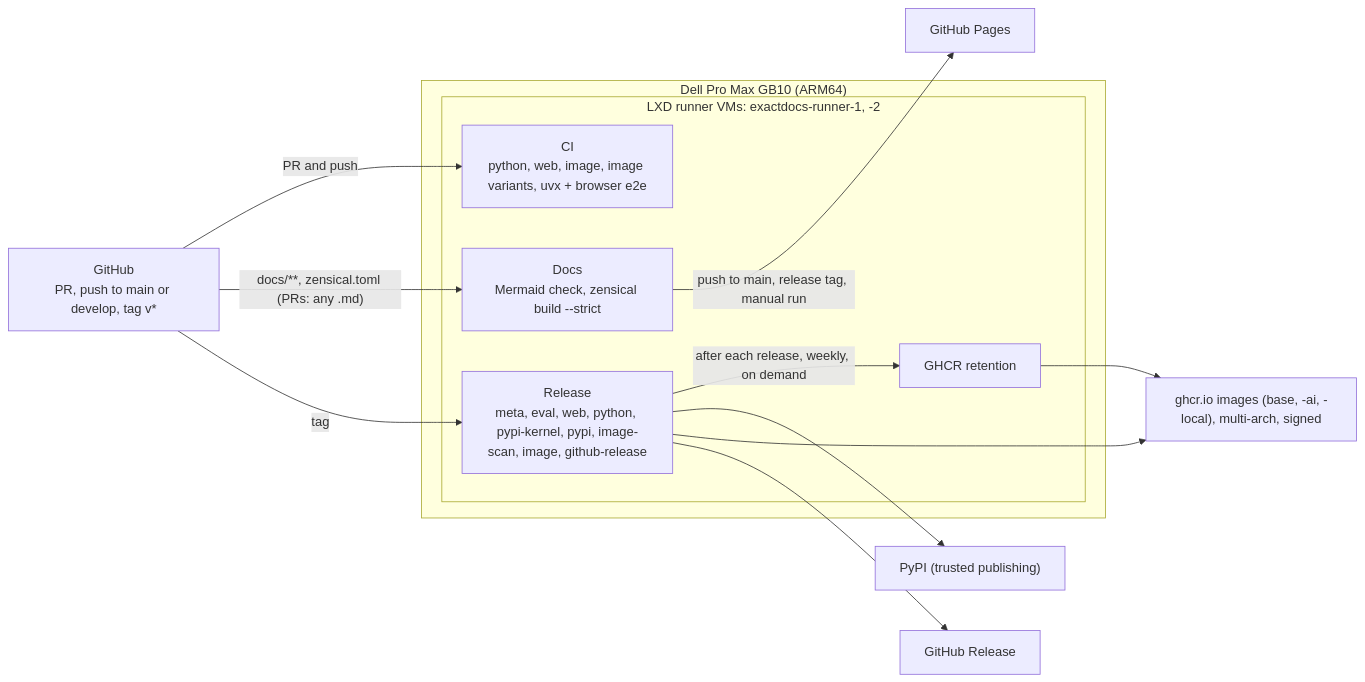
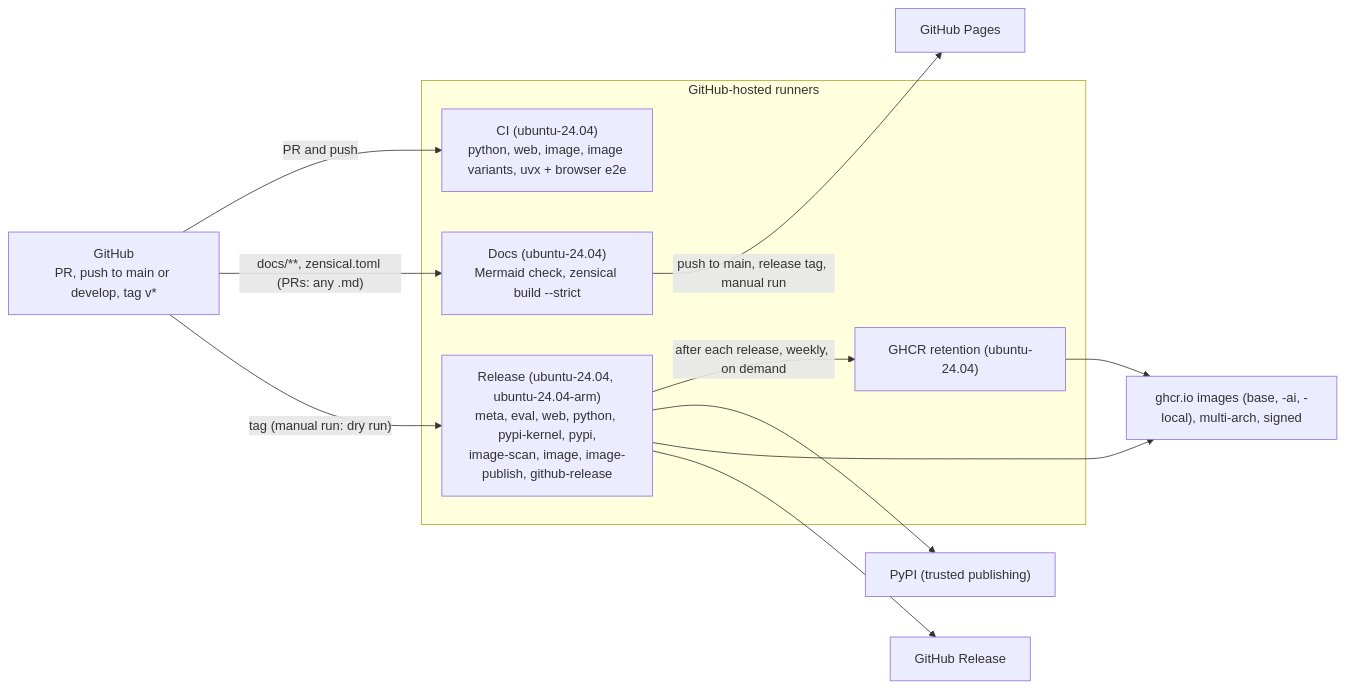
The second of 2 diagrams in docs/releasing.md (SirCypkowskyy/ExactDocs), drawn with Mermaid before and after one commit. The commit also changed other lines of this file and 3 other files, not shown here.

Commit message:
docs(release): hosted runners, the dry run and the per-architecture image jobs (#478)

````diff
--- a/docs/releasing.md
+++ b/docs/releasing.md
@@ -324,21 +339,19 @@
 ```mermaid
 flowchart LR
     gh["GitHub<br/>PR, push to main or develop, tag v*"]
-    subgraph gb10 ["Dell Pro Max GB10 (ARM64)"]
-        subgraph vms ["LXD runner VMs: exactdocs-runner-1, -2"]
-            ci["CI<br/>python, web, image, image variants, uvx + browser e2e"]
-            docs["Docs<br/>Mermaid check, zensical build --strict"]
-            rel["Release<br/>meta, eval, web, python, pypi-kernel, pypi, image-scan, image, github-release"]
-            ret["GHCR retention"]
-        end
+    subgraph hosted ["GitHub-hosted runners"]
+        ci["CI (ubuntu-24.04)<br/>python, web, image, image variants, uvx + browser e2e"]
+        docs["Docs (ubuntu-24.04)<br/>Mermaid check, zensical build --strict"]
+        rel["Release (ubuntu-24.04, ubuntu-24.04-arm)<br/>meta, eval, web, python, pypi-kernel, pypi,<br/>image-scan, image, image-publish, github-release"]
+        ret["GHCR retention (ubuntu-24.04)"]
     end
     gh -->|PR and push| ci
     gh -->|"docs/**, zensical.toml (PRs: any .md)"| docs
-    gh -->|tag| rel
+    gh -->|"tag (manual run: dry run)"| rel
     rel -->|after each release, weekly, on demand| ret
     docs -->|"push to main, release tag, manual run"| pages["GitHub Pages"]
     rel --> pypi["PyPI (trusted publishing)"]
     rel --> ghcr["ghcr.io images (base, -ai, -local), multi-arch, signed"]
     rel --> ghrel["GitHub Release"]
     ret --> ghcr
 ```
````
